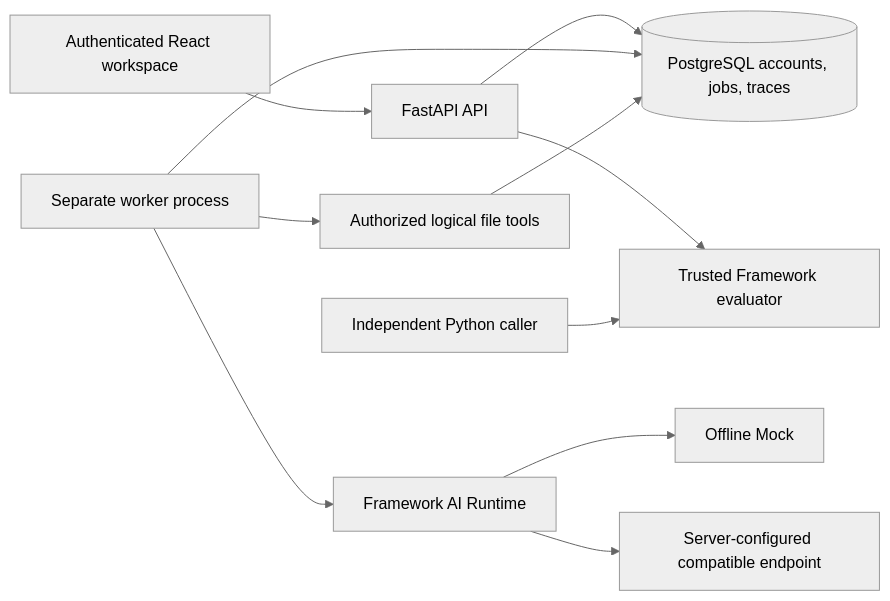
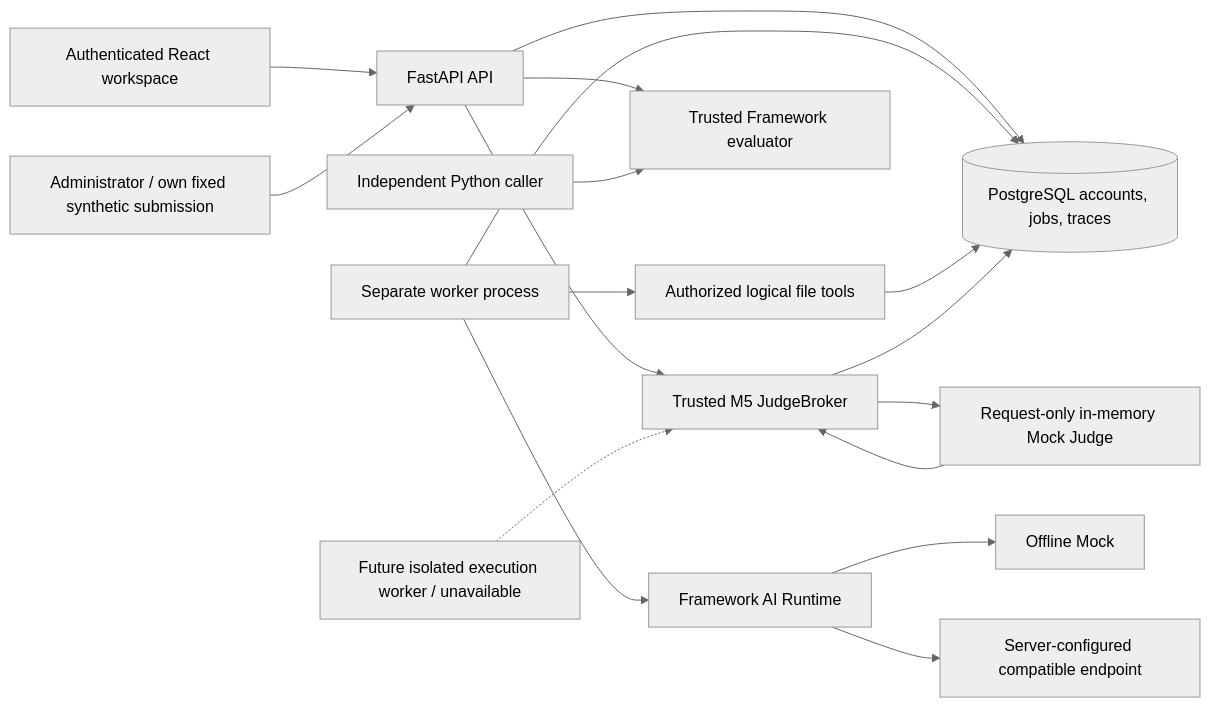
Before and after one commit to casing1/praxioj: the first of 2 diagrams in docs/architecture/overview.md, drawn with Mermaid (neutral theme). The commit also changed other lines of this file and 36 other files, not shown here.

First line of the commit message:
feat: complete M5 Judge execution foundation and secure Broker (#15)

````diff
--- a/docs/architecture/overview.md
+++ b/docs/architecture/overview.md
@@ -5,13 +5,19 @@
 ```mermaid
 flowchart LR
     Browser[Authenticated React workspace] --> API[FastAPI API]
     API --> DB[(PostgreSQL accounts, jobs, traces)]
     Worker[Separate worker process] --> DB
     Worker --> Runtime[Framework AI Runtime]
     Runtime --> Mock[Offline Mock]
     Runtime --> Provider[Server-configured compatible endpoint]
     Worker --> Tools[Authorized logical file tools]
     Tools --> DB
     API --> Judge[Trusted Framework evaluator]
     Python[Independent Python caller] --> Judge
+    Admin[Administrator / own fixed synthetic submission] --> API
+    API --> Broker[Trusted M5 JudgeBroker]
+    Broker --> DB
+    Broker --> Synthetic[Request-only in-memory Mock Judge]
+    Synthetic --> Broker
+    Runner[Future isolated execution worker / unavailable] -.-> Broker
 ```
````
